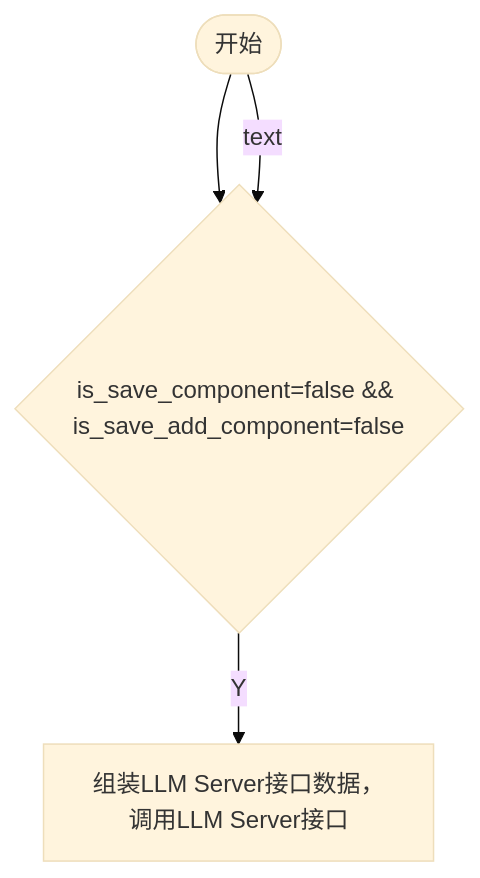
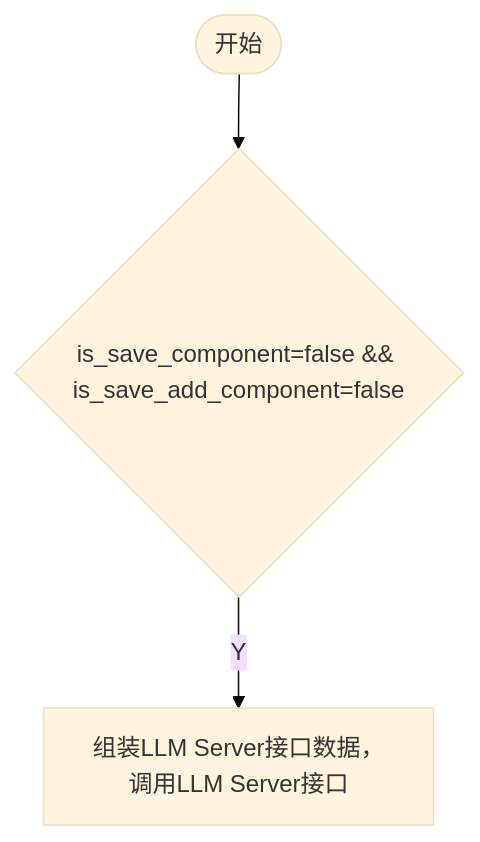
Before and after one commit to yingjianzh/iodraw-files: the diagram in all/未命名-7.md, drawn with Mermaid (base theme).

Commit message:
2024-10-12 13:51:33 update

````diff
--- a/all/未命名-7.md
+++ b/all/未命名-7.md
@@ -1,8 +1,8 @@
 ```mermaid
 flowchart TD
     A([开始]) --> B{is_save_component=false && is_save_add_component=false}
     B -- Y --> C[组装LLM Server接口数据，调用LLM Server接口]
-    A-- text -->B
+    
     
 
 ```
````
